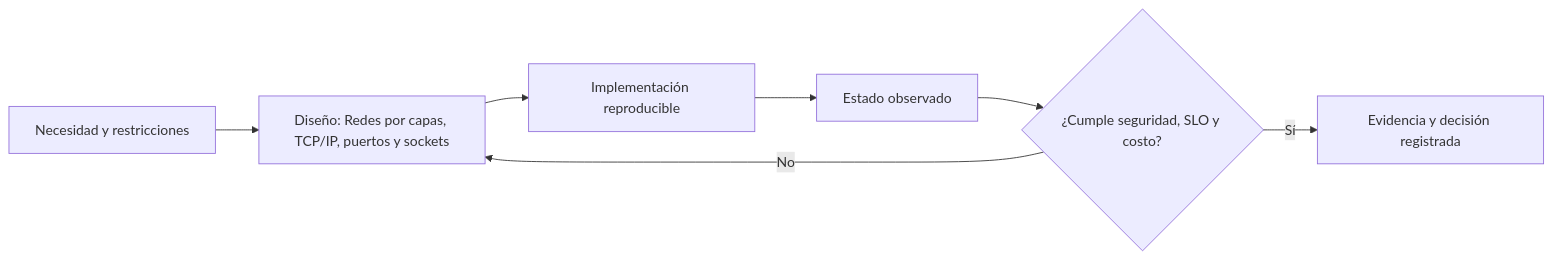
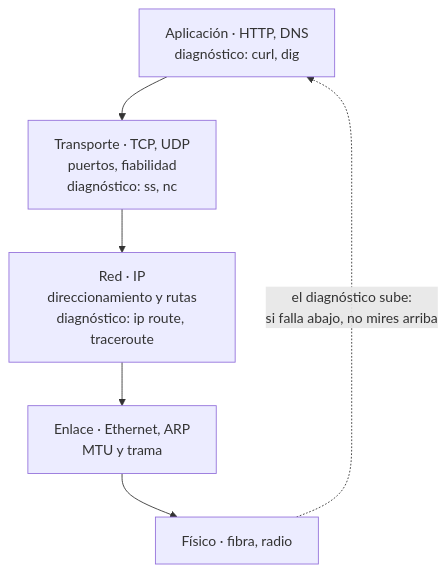
The diagram in classes/part-00-foundations-computing-networking-linux/005-redes-por-capas-tcp-ip-puertos-y-sockets/README.md (vladimiracunadev-create/multi-cloud-engineering-program), drawn with Mermaid before and after one commit. The commit also changed other lines of this file and 29 other files, not shown here.

````diff
--- a/classes/part-00-foundations-computing-networking-linux/005-redes-por-capas-tcp-ip-puertos-y-sockets/README.md
+++ b/classes/part-00-foundations-computing-networking-linux/005-redes-por-capas-tcp-ip-puertos-y-sockets/README.md
@@ -48,9 +44,8 @@
 ```mermaid
-flowchart LR
-    A["Necesidad y restricciones"] --> B["Diseño: Redes por capas, TCP/IP, puertos y sockets"]
-    B --> C["Implementación reproducible"]
-    C --> D["Estado observado"]
-    D --> E{"¿Cumple seguridad, SLO y costo?"}
-    E -- "No" --> B
-    E -- "Sí" --> F["Evidencia y decisión registrada"]
+flowchart TB
+    A["Aplicación · HTTP, DNS<br/>diagnóstico: curl, dig"] --> T["Transporte · TCP, UDP<br/>puertos, fiabilidad<br/>diagnóstico: ss, nc"]
+    T --> R["Red · IP<br/>direccionamiento y rutas<br/>diagnóstico: ip route, traceroute"]
+    R --> E["Enlace · Ethernet, ARP<br/>MTU y trama"]
+    E --> F["Físico · fibra, radio"]
+    F -.->|"el diagnóstico sube:<br/>si falla abajo, no mires arriba"| A
 ```
````
